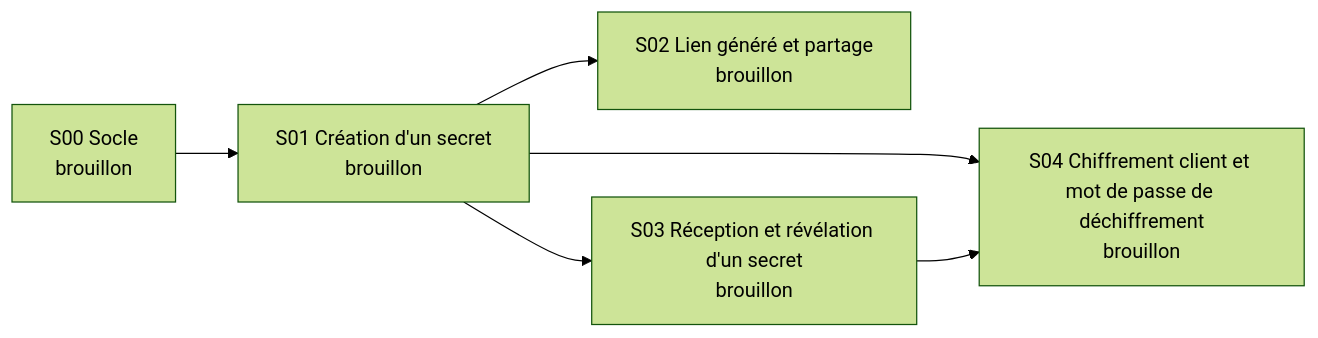
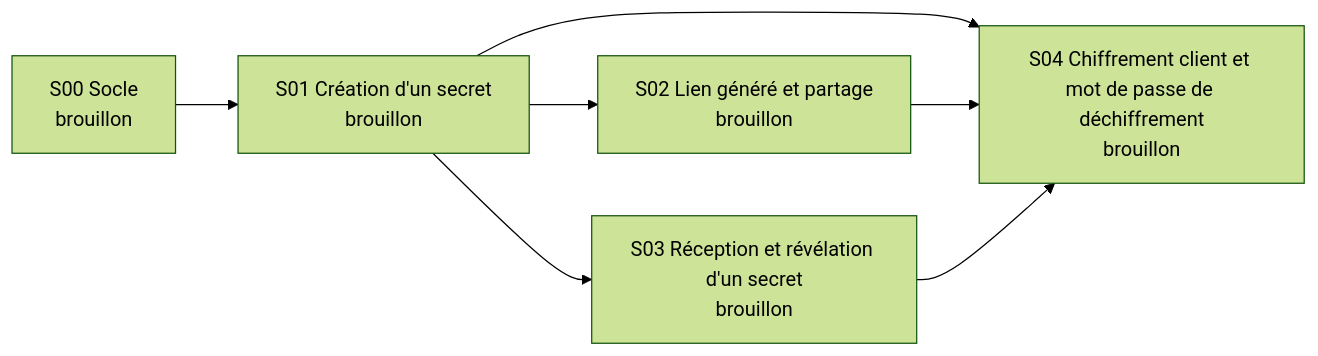
The diagram in specs/_index.md (lgrdev/eloneva-secret), drawn with Mermaid (forest theme) before and after one commit. The commit also changed other lines of this file and 7 other files, not shown here.

````diff
--- a/specs/_index.md
+++ b/specs/_index.md
@@ -23,13 +23,14 @@
 ```mermaid
 flowchart LR
   S00["S00 Socle<br/>brouillon"]
   S01["S01 Création d'un secret<br/>brouillon"]
   S02["S02 Lien généré et partage<br/>brouillon"]
   S03["S03 Réception et révélation d'un secret<br/>brouillon"]
   S04["S04 Chiffrement client et mot de passe de déchiffrement<br/>brouillon"]
   S00 --> S01
   S01 --> S02
   S01 --> S03
   S01 --> S04
+  S02 --> S04
   S03 --> S04
 ```
````
